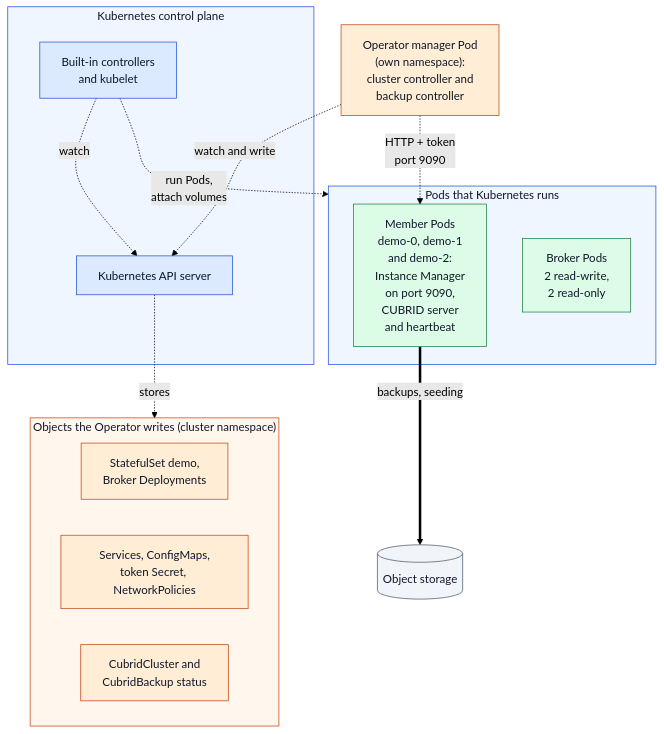
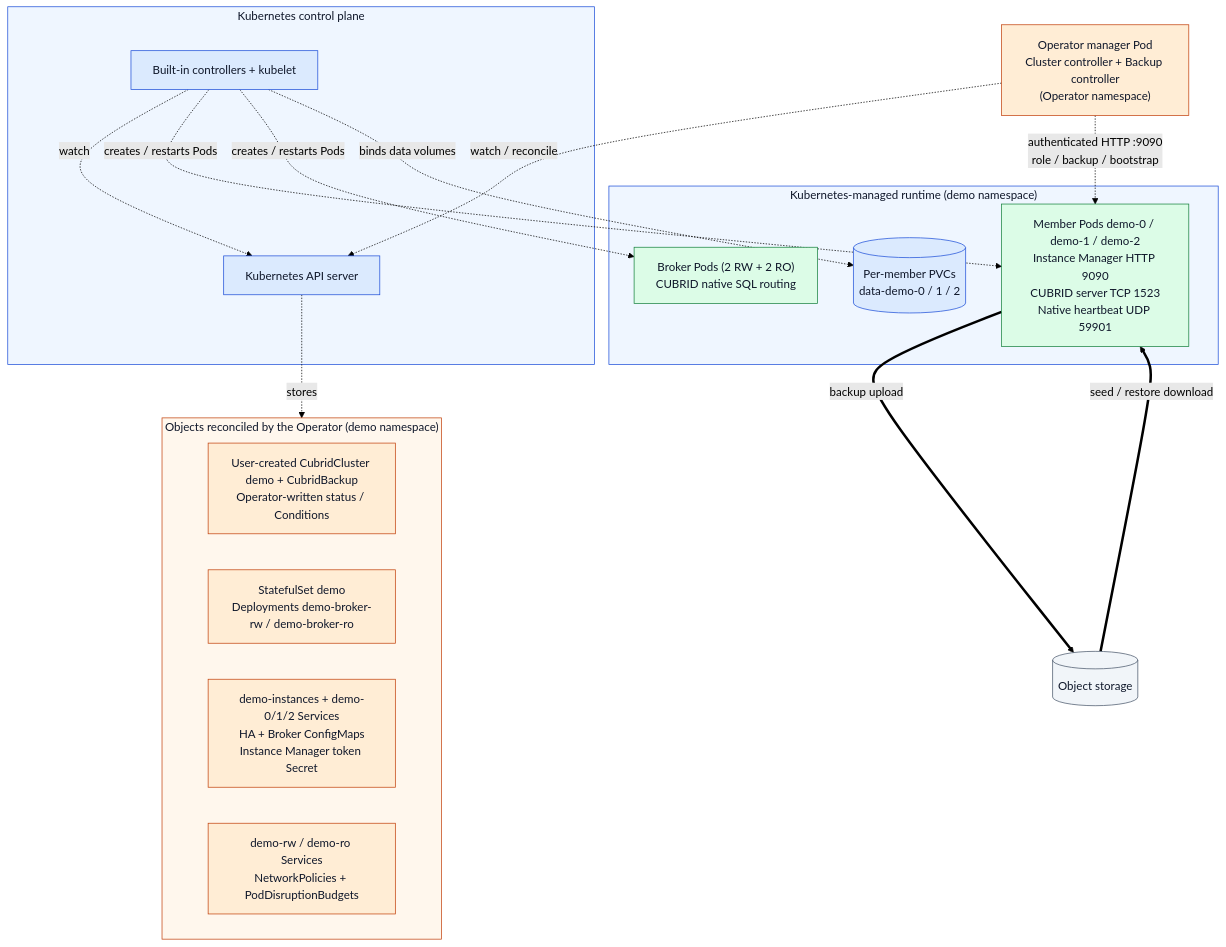
The first of 2 diagrams in docs/architecture/topology.md (cubrid-lab/cubrid-kubernetes-operator), drawn with Mermaid (forest theme) before and after one commit. The commit also changed other lines of this file and 4 other files, not shown here.

First line of the commit message:
docs: standardize CUBRID HA topology across architecture diagrams (#750)

````diff
--- a/docs/architecture/topology.md
+++ b/docs/architecture/topology.md
@@ -25,38 +30,43 @@
 ```mermaid
 flowchart TB
-    mgr["Operator manager Pod<br/>(own namespace):<br/>cluster controller and<br/>backup controller"]:::op
+    mgr["Operator manager Pod<br/>Cluster controller + Backup controller<br/>(Operator namespace)"]:::op
 
     subgraph cp["Kubernetes control plane"]
         api["Kubernetes API server"]:::k8s
-        builtin["Built-in controllers<br/>and kubelet"]:::k8s
+        builtin["Built-in controllers + kubelet"]:::k8s
     end
 
-    subgraph objs["Objects the Operator writes (cluster namespace)"]
-        wl["StatefulSet demo,<br/>Broker Deployments"]:::op
-        cfg["Services, ConfigMaps,<br/>token Secret, NetworkPolicies"]:::op
-        crs["CubridCluster and<br/>CubridBackup status"]:::op
+    subgraph objs["Objects reconciled by the Operator (demo namespace)"]
+        crs["User-created CubridCluster demo + CubridBackup<br/>Operator-written status / Conditions"]:::op
+        workload["StatefulSet demo<br/>Deployments demo-broker-rw / demo-broker-ro"]:::op
+        config["demo-instances + demo-0/1/2 Services<br/>HA + Broker ConfigMaps<br/>Instance Manager token Secret"]:::op
+        safety["demo-rw / demo-ro Services<br/>NetworkPolicies + PodDisruptionBudgets"]:::op
     end
 
-    subgraph run["Pods that Kubernetes runs"]
-        members["Member Pods<br/>demo-0, demo-1<br/>and demo-2:<br/>Instance Manager<br/>on port 9090,<br/>CUBRID server<br/>and heartbeat"]:::cubrid
-        brokers["Broker Pods<br/>2 read-write,<br/>2 read-only"]:::cubrid
+    subgraph runtime["Kubernetes-managed runtime (demo namespace)"]
+        db["Member Pods demo-0 / demo-1 / demo-2<br/>Instance Manager HTTP 9090<br/>CUBRID server TCP 1523<br/>Native heartbeat UDP 59901"]:::cubrid
+        broker["Broker Pods (2 RW + 2 RO)<br/>CUBRID native SQL routing"]:::cubrid
+        pvc[("Per-member PVCs<br/>data-demo-0 / 1 / 2")]:::k8s
     end
 
-    objstore[("Object storage")]:::ext
+    store[("Object storage")]:::ext
 
-    mgr -. "watch and write" .-> api
+    mgr -. "watch / reconcile" .-> api
     builtin -. "watch" .-> api
     api -. "stores" .-> objs
-    builtin -. "run Pods,<br/>attach volumes" .-> run
-    mgr -. "HTTP + token<br/>port 9090" .-> members
-    members == "backups, seeding" ==> objstore
+    builtin -. "creates / restarts Pods" .-> db
+    builtin -. "creates / restarts Pods" .-> broker
+    builtin -. "binds data volumes" .-> pvc
+    mgr -. "authenticated HTTP :9090<br/>role / backup / bootstrap" .-> db
+    db == "backup upload" ==> store
+    store == "seed / restore download" ==> db
 
     classDef k8s fill:#dbeafe,stroke:#1d4ed8,color:#0f172a
     classDef op fill:#ffedd5,stroke:#c2410c,color:#0f172a
     classDef cubrid fill:#dcfce7,stroke:#15803d,color:#0f172a
     classDef ext fill:#f1f5f9,stroke:#475569,color:#0f172a
 
+    style cp fill:#eff6ff,stroke:#1d4ed8,color:#0f172a
     style objs fill:#fff7ed,stroke:#c2410c,color:#0f172a
-    style cp fill:#eff6ff,stroke:#1d4ed8,color:#0f172a
-    style run fill:#eff6ff,stroke:#1d4ed8,color:#0f172a
+    style runtime fill:#eff6ff,stroke:#1d4ed8,color:#0f172a
 ```
````
